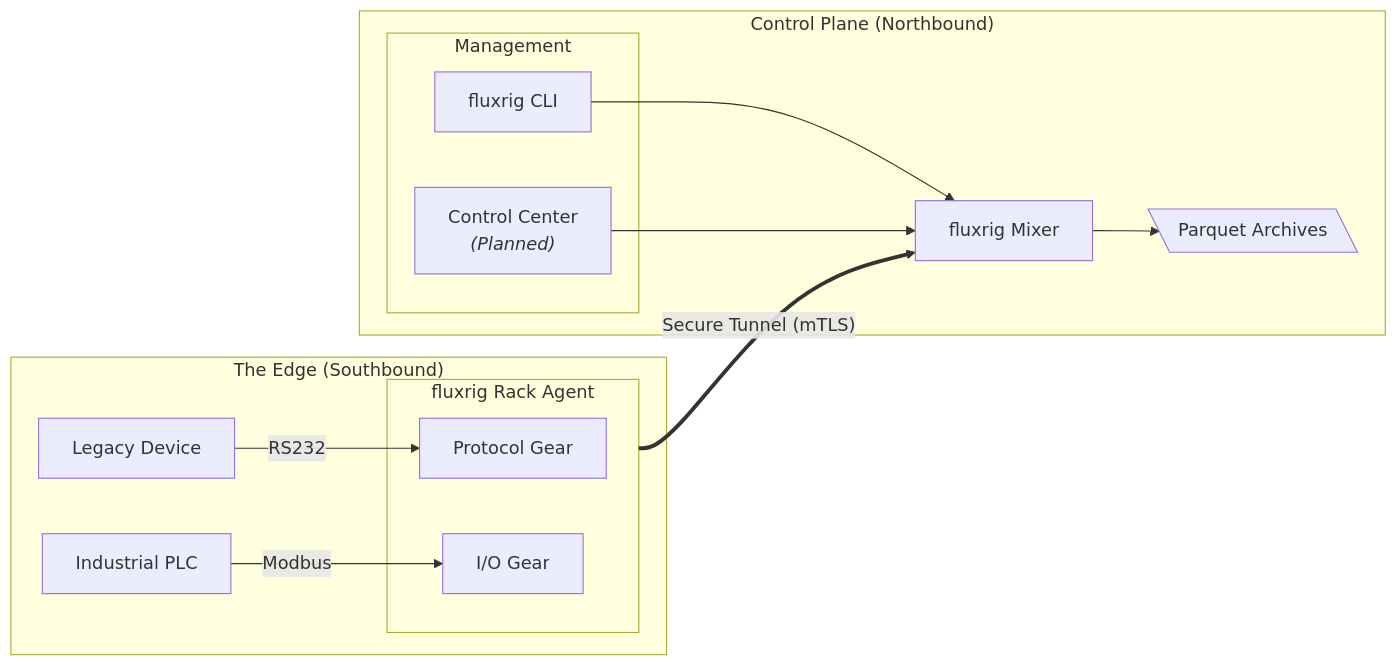
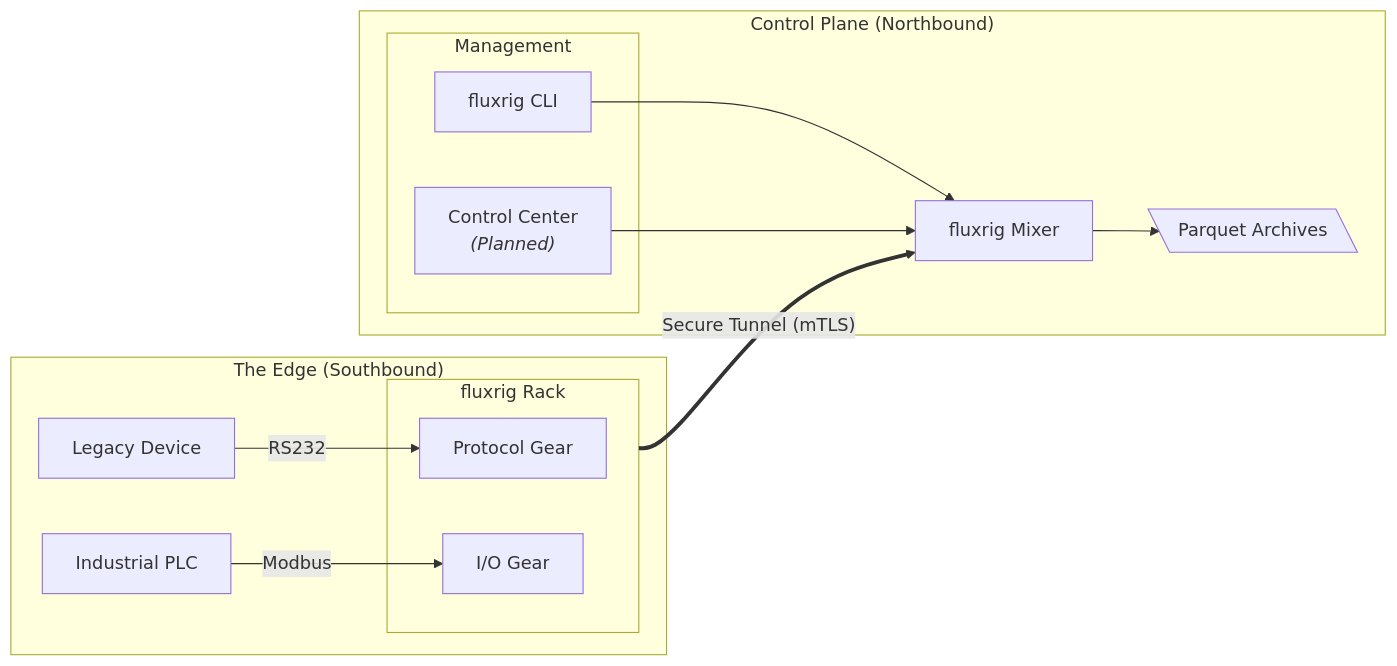
Before and after one commit to fluxrig/website: the diagram in docs/index.md, drawn with Mermaid. The commit also changed other lines of this file and 21 other files, not shown here.

````diff
--- a/docs/index.md
+++ b/docs/index.md
@@ -41,25 +41,25 @@
 ```mermaid
 flowchart LR
     subgraph Southbound ["The Edge (Southbound)"]
         Pinpad[Legacy Device]
         PLC[Industrial PLC]
-        subgraph Rack_A [fluxrig Rack Agent]
+        subgraph Rack_A [fluxrig Rack]
             GearSerial[Protocol Gear]
             GearIO[I/O Gear]
         end
         Pinpad -->|RS232| GearSerial
         PLC -->|Modbus| GearIO
     end
     subgraph Cloud ["Control Plane (Northbound)"]
         Mixer[fluxrig Mixer]
         Warehouse[\Parquet Archives\]
         subgraph Ops ["Management"]
             CLI[fluxrig CLI]
             Studio["Control Center <br/><i>(Planned)</i>"]
         end
     end
     Rack_A == "Secure Tunnel (mTLS)" ==> Mixer
     CLI --> Mixer
     Studio --> Mixer
     Mixer --> Warehouse
 ```
````
